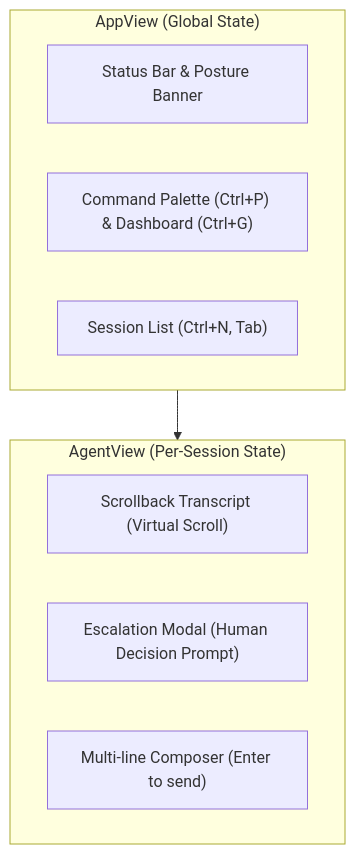
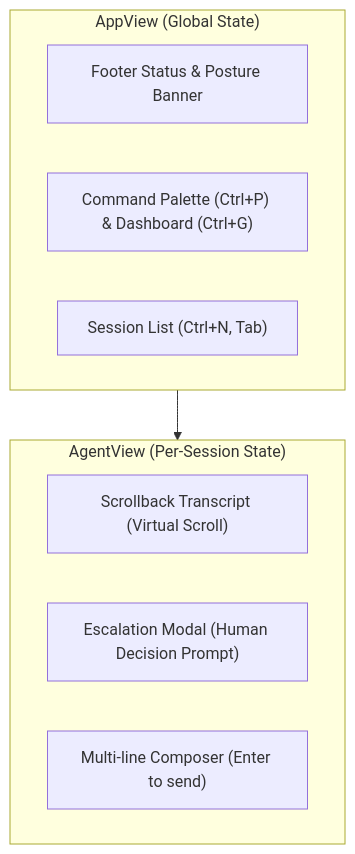
Before and after one commit to bharathvbcr/Manvi: the third of 7 diagrams in docs/TUI_AND_EVENT_SUBSYSTEM.md, drawn with Mermaid. The commit also changed other lines of this file and 10 other files, not shown here.

````diff
--- a/docs/TUI_AND_EVENT_SUBSYSTEM.md
+++ b/docs/TUI_AND_EVENT_SUBSYSTEM.md
@@ -226,16 +226,16 @@
 ```mermaid
 flowchart TB
     subgraph AppView["AppView (Global State)"]
-        GlobalStatus["Status Bar & Posture Banner"]
+        GlobalStatus["Footer Status & Posture Banner"]
         GlobalShortcuts["Command Palette (Ctrl+P) & Dashboard (Ctrl+G)"]
         SessionTabs["Session List (Ctrl+N, Tab)"]
     end
 
     subgraph AgentView["AgentView (Per-Session State)"]
         Transcript["Scrollback Transcript (Virtual Scroll)"]
         ApprovalModal["Escalation Modal (Human Decision Prompt)"]
         PromptEditor["Multi-line Composer (Enter to send)"]
     end
 
     AppView --> AgentView
 ```
````
